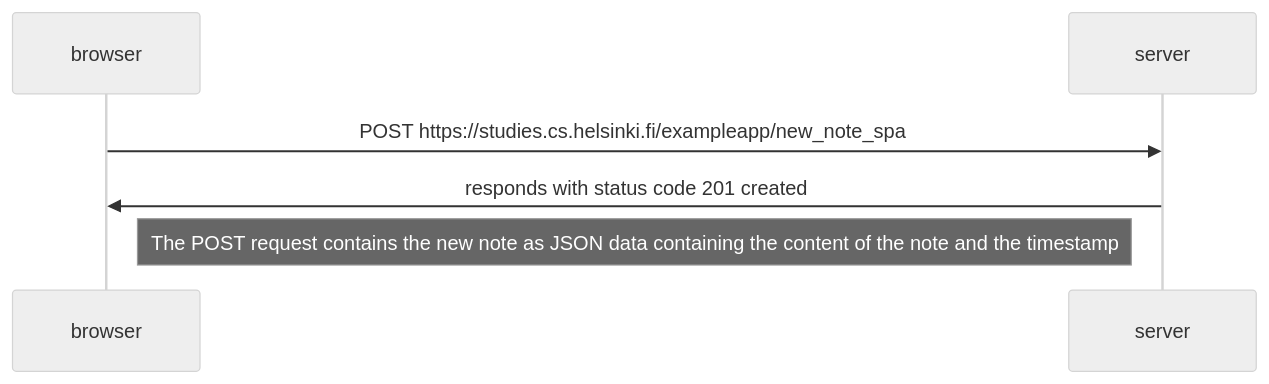
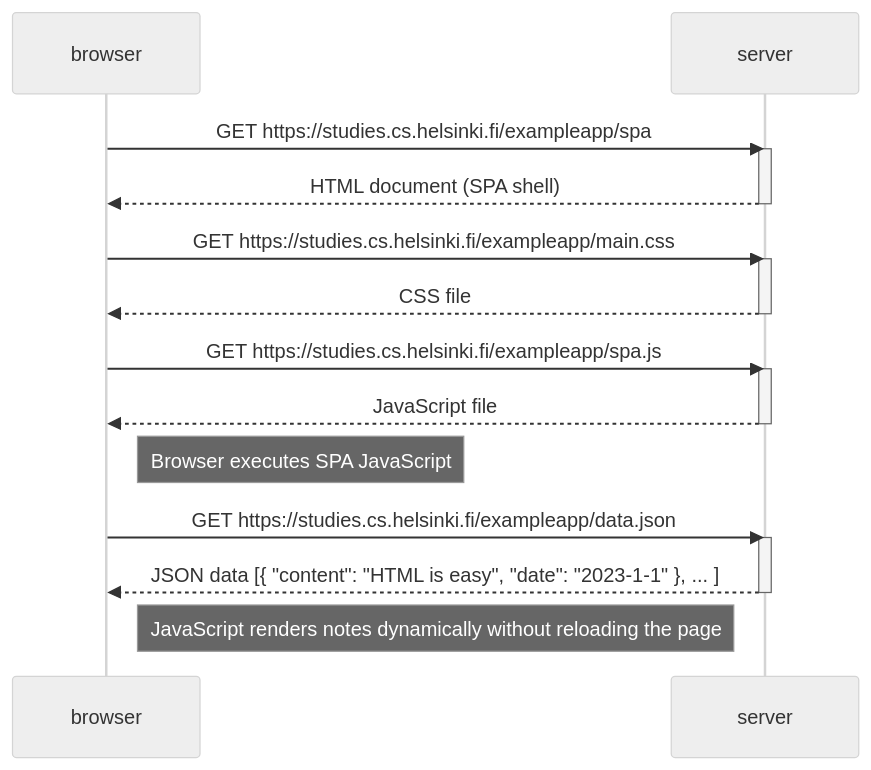
Before and after one commit to jovvas/Fullstack-part-0: the diagram in exercise-0.5.md, drawn with Mermaid (neutral theme). The commit also changed 1 other file, not shown here.

Commit message:
add exercise-0.6 and correct exercise-0.5

````diff
--- a/exercise-0.5.md
+++ b/exercise-0.5.md
@@ -1,10 +1,29 @@
 ```mermaid
 sequenceDiagram
     participant browser
     participant server
 
-    browser->>server: POST https://studies.cs.helsinki.fi/exampleapp/new_note_spa 
-    server->>browser: responds with status code 201 created 
+    browser->>server: GET https://studies.cs.helsinki.fi/exampleapp/spa
+    activate server
+    server-->>browser: HTML document (SPA shell)
+    deactivate server
 
-    Note right of browser: The POST request contains the new note as JSON data containing  the content of the note and the timestamp
+    browser->>server: GET https://studies.cs.helsinki.fi/exampleapp/main.css
+    activate server
+    server-->>browser: CSS file
+    deactivate server
+
+    browser->>server: GET https://studies.cs.helsinki.fi/exampleapp/spa.js
+    activate server
+    server-->>browser: JavaScript file
+    deactivate server
+
+    Note right of browser: Browser executes SPA JavaScript
+
+    browser->>server: GET https://studies.cs.helsinki.fi/exampleapp/data.json
+    activate server
+    server-->>browser: JSON data [{ "content": "HTML is easy", "date": "2023-1-1" }, ... ]
+    deactivate server
+
+    Note right of browser: JavaScript renders notes dynamically without reloading the page
 ```
````
